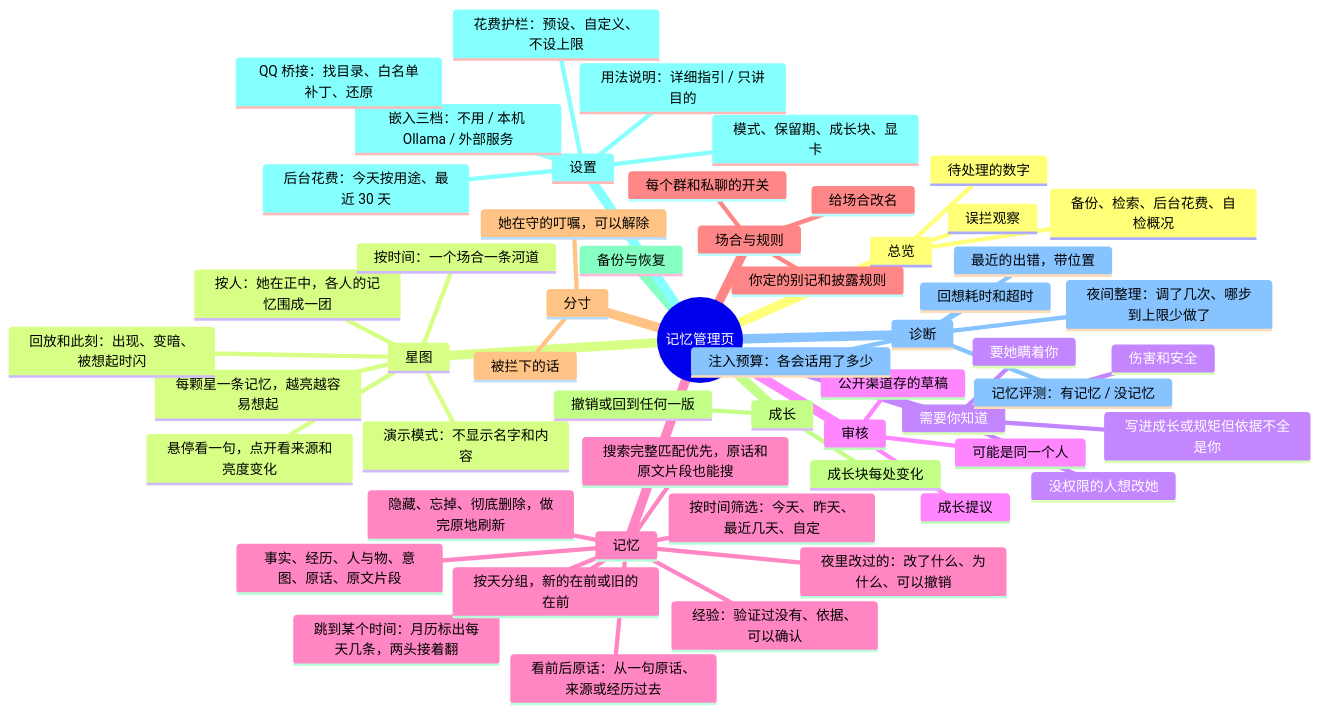
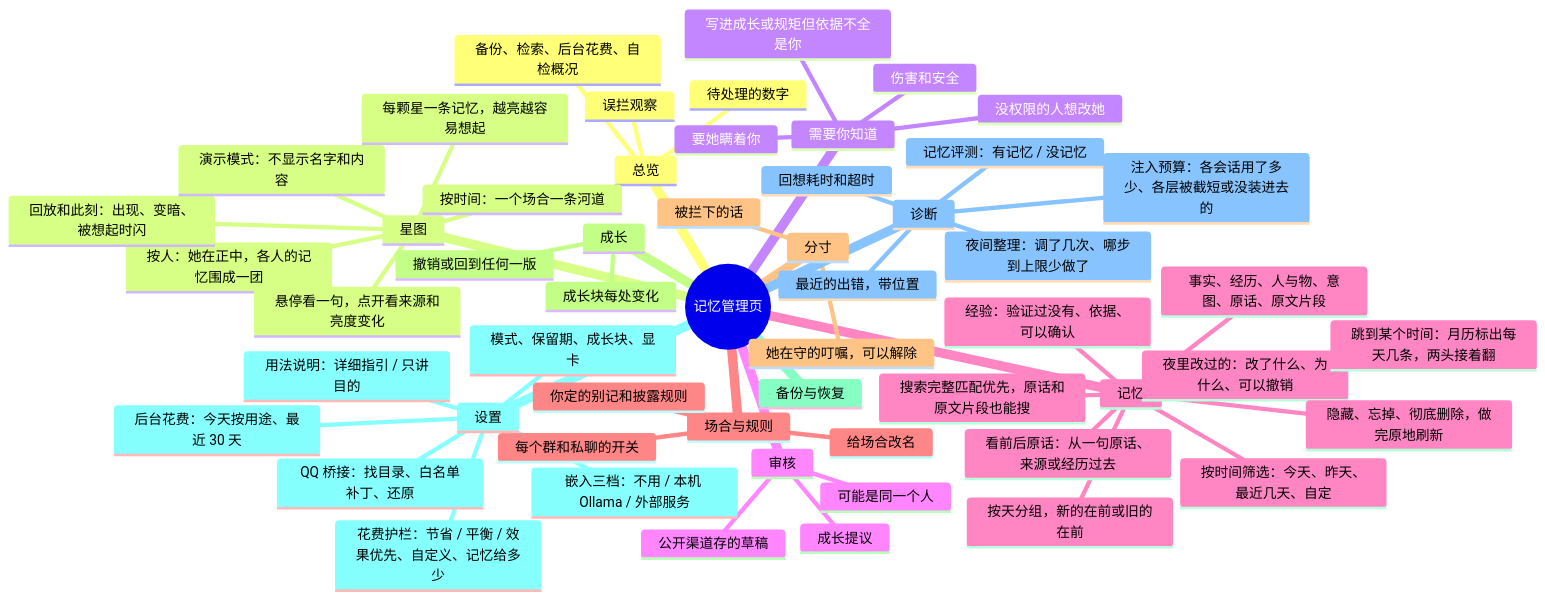
Before and after one commit to QiuYeDx/dsh-rugu: diagram 11 of 11 in docs/图解.md, drawn with Mermaid. The commit also changed other lines of this file and 40 other files, not shown here.

````diff
--- a/docs/图解.md
+++ b/docs/图解.md
@@ -397,58 +397,58 @@
 ```mermaid
 mindmap
   root((记忆管理页))
     总览
       待处理的数字
       误拦观察
       备份、检索、后台花费、自检概况
     星图
       每颗星一条记忆，越亮越容易想起
       按人：她在正中，各人的记忆围成一团
       按时间：一个场合一条河道
       回放和此刻：出现、变暗、被想起时闪
       悬停看一句，点开看来源和亮度变化
       演示模式：不显示名字和内容
     需要你知道
       没权限的人想改她
       要她瞒着你
       伤害和安全
       写进成长或规矩但依据不全是你
     审核
       公开渠道存的草稿
       可能是同一个人
       成长提议
     记忆
       事实、经历、人与物、意图、原话、原文片段
       夜里改过的：改了什么、为什么、可以撤销
       经验：验证过没有、依据、可以确认
       隐藏、忘掉、彻底删除，做完原地刷新
       搜索完整匹配优先，原话和原文片段也能搜
       按时间筛选：今天、昨天、最近几天、自定
       跳到某个时间：月历标出每天几条，两头接着翻
       按天分组，新的在前或旧的在前
       看前后原话：从一句原话、来源或经历过去
     场合与规则
       每个群和私聊的开关
       给场合改名
       你定的别记和披露规则
     分寸
       被拦下的话
       她在守的叮嘱，可以解除
     成长
       成长块每处变化
       撤销或回到任何一版
     备份与恢复
     设置
       嵌入三档：不用 / 本机 Ollama / 外部服务
       QQ 桥接：找目录、白名单补丁、还原
       模式、保留期、成长块、显卡
       用法说明：详细指引 / 只讲目的
       后台花费：今天按用途、最近 30 天
-      花费护栏：预设、自定义、不设上限
+      花费护栏：节省 / 平衡 / 效果优先、自定义、记忆给多少
     诊断
       夜间整理：调了几次、哪步到上限少做了
       最近的出错，带位置
       回想耗时和超时
       记忆评测：有记忆 / 没记忆
-      注入预算：各会话用了多少
+      注入预算：各会话用了多少、各层被截短或没装进去的
 ```
````
